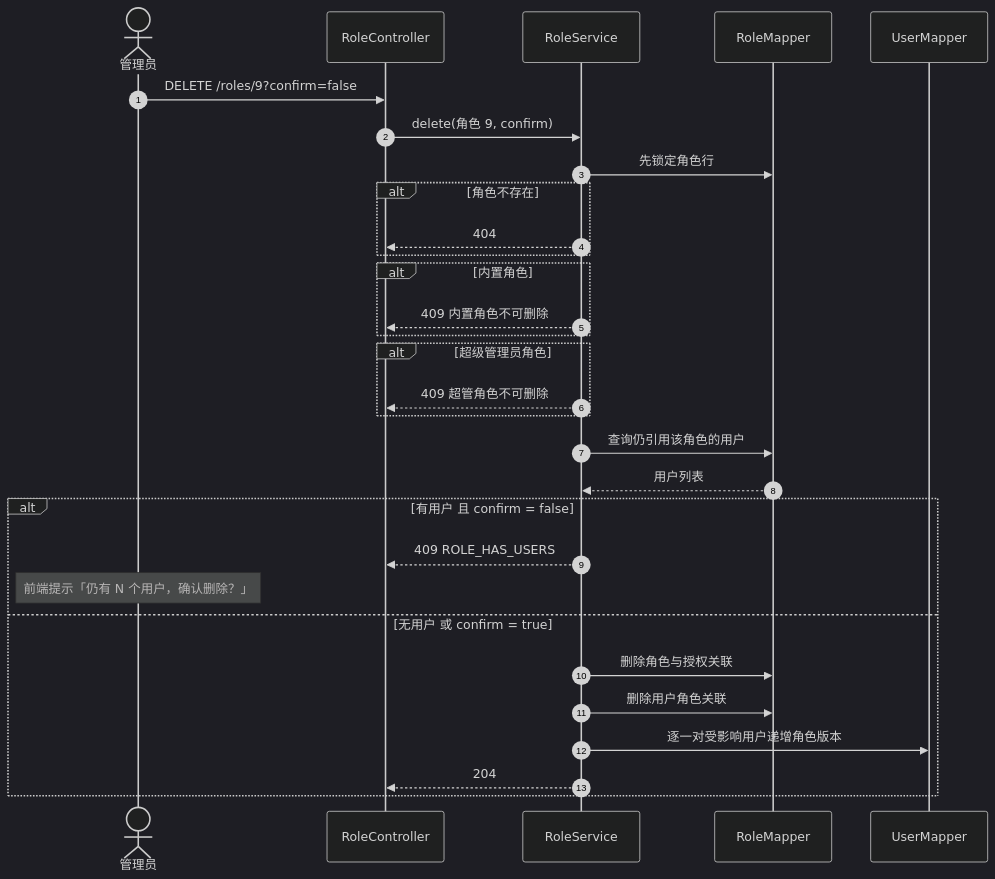
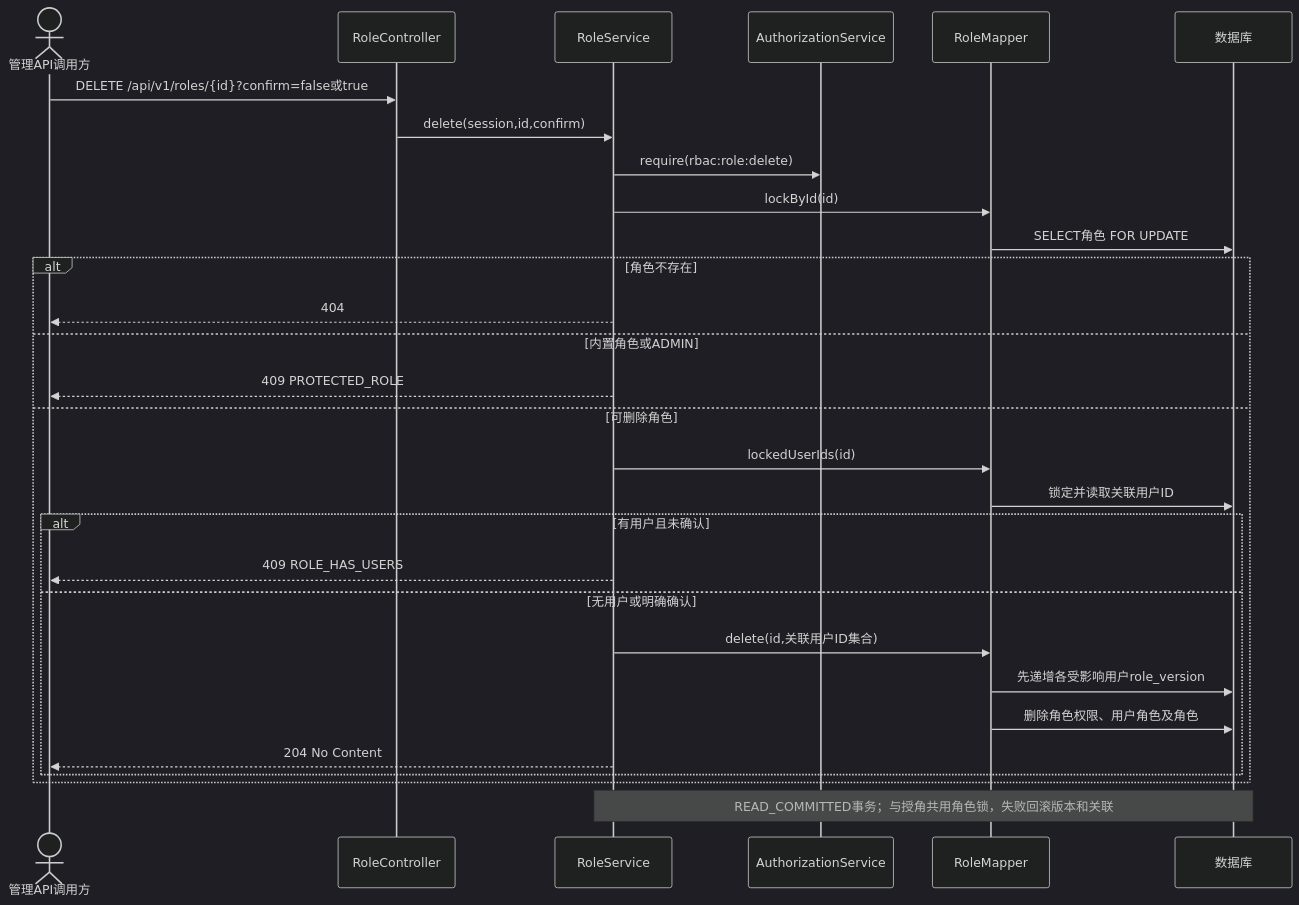
The sixth of 6 diagrams in docs/uml/sequence-diagrams.md (wenjiu-leng66/OO-d), drawn with Mermaid (dark theme) before and after one commit. The commit also changed other lines of this file and 41 other files, not shown here.

````diff
--- a/docs/uml/sequence-diagrams.md
+++ b/docs/uml/sequence-diagrams.md
@@ -246,36 +199,31 @@
 ```mermaid
 sequenceDiagram
-  autonumber
-  actor B as 管理员
+  actor U as 管理API调用方
   participant C as RoleController
   participant S as RoleService
+  participant A as AuthorizationService
   participant R as RoleMapper
-  participant M as UserMapper
-
-  B->>C: DELETE /roles/9?confirm=false
-  C->>S: delete(角色 9, confirm)
-
-  S->>R: 先锁定角色行
+  participant DB as 数据库
+  U->>C: DELETE /api/v1/roles/{id}?confirm=false或true
+  C->>S: delete(session,id,confirm)
+  S->>A: require(rbac:role:delete)
+  S->>R: lockById(id)
+  R->>DB: SELECT角色 FOR UPDATE
   alt 角色不存在
-    S-->>C: 404
+    S-->>U: 404
+  else 内置角色或ADMIN
+    S-->>U: 409 PROTECTED_ROLE
+  else 可删除角色
+    S->>R: lockedUserIds(id)
+    R->>DB: 锁定并读取关联用户ID
+    alt 有用户且未确认
+      S-->>U: 409 ROLE_HAS_USERS
+    else 无用户或明确确认
+      S->>R: delete(id,关联用户ID集合)
+      R->>DB: 先递增各受影响用户role_version
+      R->>DB: 删除角色权限、用户角色及角色
+      S-->>U: 204 No Content
+    end
   end
-  alt 内置角色
-    S-->>C: 409 内置角色不可删除
-  end
-  alt 超级管理员角色
-    S-->>C: 409 超管角色不可删除
-  end
-
-  S->>R: 查询仍引用该角色的用户
-  R-->>S: 用户列表
-
-  alt 有用户 且 confirm = false
-    S-->>C: 409 ROLE_HAS_USERS
-    Note over B: 前端提示「仍有 N 个用户，确认删除？」
-  else 无用户 或 confirm = true
-    S->>R: 删除角色与授权关联
-    S->>R: 删除用户角色关联
-    S->>M: 逐一对受影响用户递增角色版本
-    S-->>C: 204
-  end
+  Note over S,DB: READ_COMMITTED事务；与授角共用角色锁，失败回滚版本和关联
 ```
````
